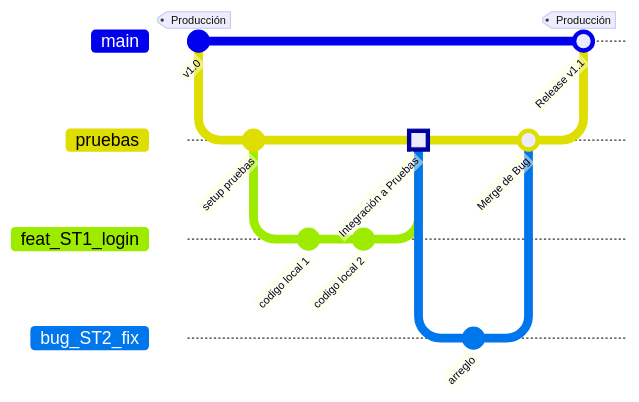
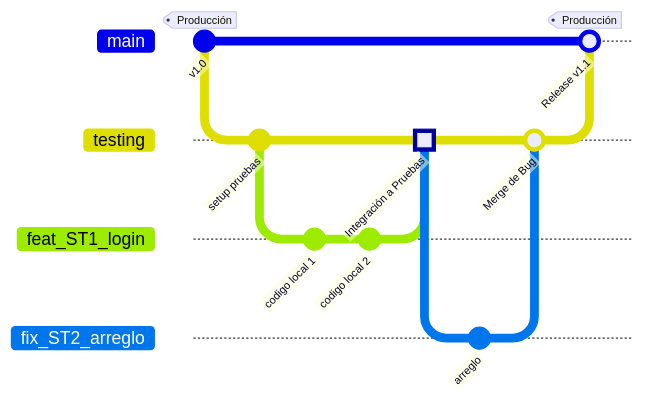
The diagram in docs/process/branching.md (hjanssena/dsaster-event-management), drawn with Mermaid before and after one commit. The commit also changed other lines of this file and 25 other files, not shown here.

````diff
--- a/docs/process/branching.md
+++ b/docs/process/branching.md
@@ -69,32 +82,32 @@
 ```mermaid
 gitGraph
     commit id: "v1.0" tag: "Producción"
     
     %% Se crea el entorno de pruebas
-    branch pruebas
-    checkout pruebas
+    branch testing
+    checkout testing
     commit id: "setup pruebas"
     
     %% Un desarrollador inicia una tarea local
     branch feat_ST1_login
     checkout feat_ST1_login
     commit id: "codigo local 1"
     commit id: "codigo local 2"
     
     %% Se integra a pruebas
-    checkout pruebas
+    checkout testing
     merge feat_ST1_login id: "Integración a Pruebas" type: HIGHLIGHT
     
     %% Otro desarrollador inicia un bugfix
-    branch bug_ST2_fix
-    checkout bug_ST2_fix
+    branch fix_ST2_arreglo
+    checkout fix_ST2_arreglo
     commit id: "arreglo"
     
     %% Se integra a pruebas
-    checkout pruebas
-    merge bug_ST2_fix id: "Merge de Bug"
+    checkout testing
+    merge fix_ST2_arreglo id: "Merge de Bug"
     
     %% Tras probar todo exitosamente, se lanza a producción
     checkout main
-    merge pruebas id: "Release v1.1" tag: "Producción"
+    merge testing id: "Release v1.1" tag: "Producción"
 ```
````
